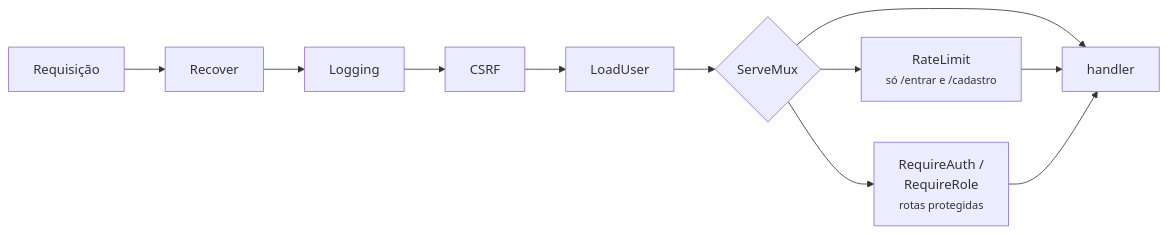
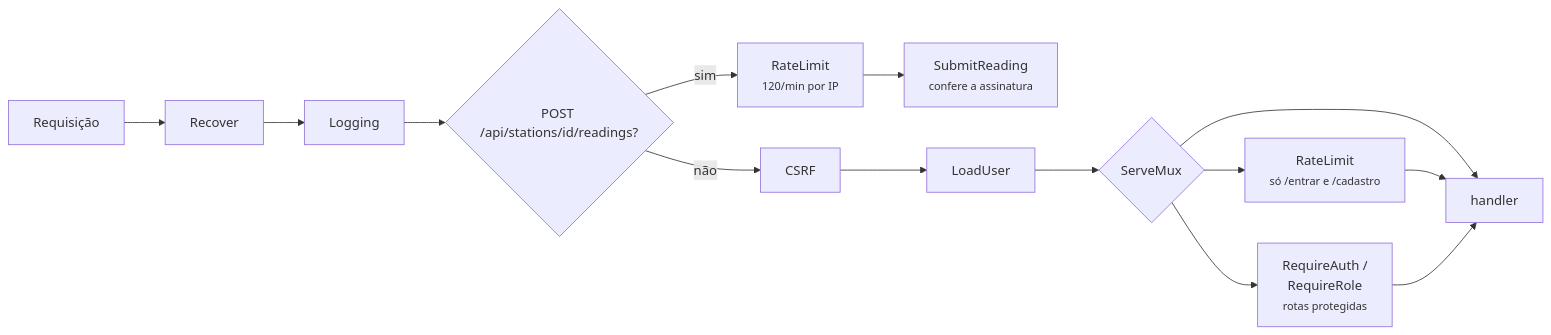
The third of 8 diagrams in docs/arquitetura.md (PMPRR/SCOM---Trabalho-2), drawn with Mermaid before and after one commit. The commit also changed other lines of this file and 3 other files, not shown here.

Commit message:
docs: document how private stations send their readings

````diff
--- a/docs/arquitetura.md
+++ b/docs/arquitetura.md
@@ -151,13 +158,16 @@
 ```mermaid
 flowchart LR
     A[Requisição] --> B[Recover]
     B --> C[Logging]
-    C --> D[CSRF]
+    C --> X{POST /api/stations/id/readings?}
+    X -- sim --> Y[RateLimit<br/><small>120/min por IP</small>]
+    Y --> Z[SubmitReading<br/><small>confere a assinatura</small>]
+    X -- não --> D[CSRF]
     D --> E[LoadUser]
     E --> F{ServeMux}
     F --> G[RateLimit<br/><small>só /entrar e /cadastro</small>]
     F --> H[RequireAuth /<br/>RequireRole<br/><small>rotas protegidas</small>]
     F --> I[handler]
     G --> I
     H --> I
 ```
````
